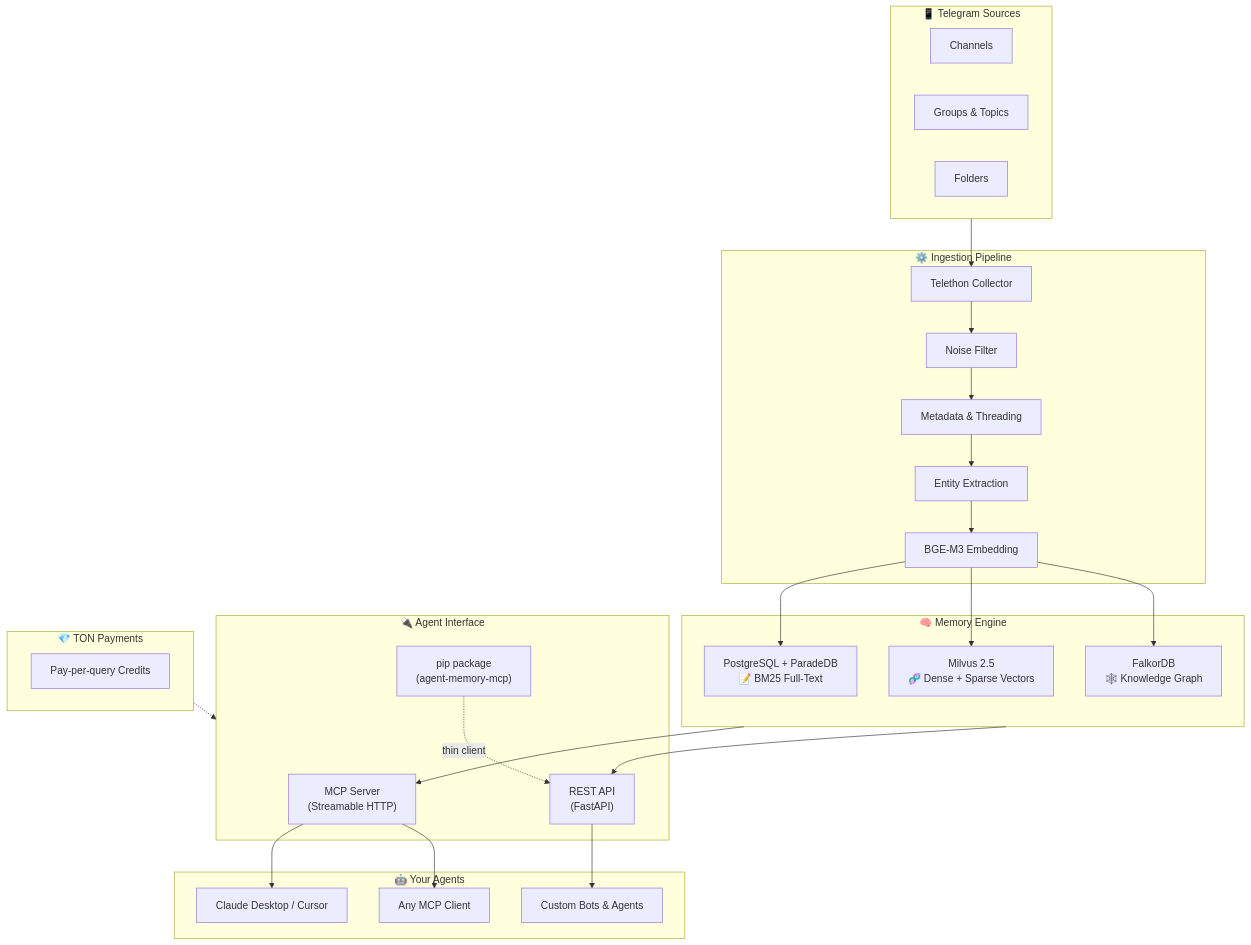
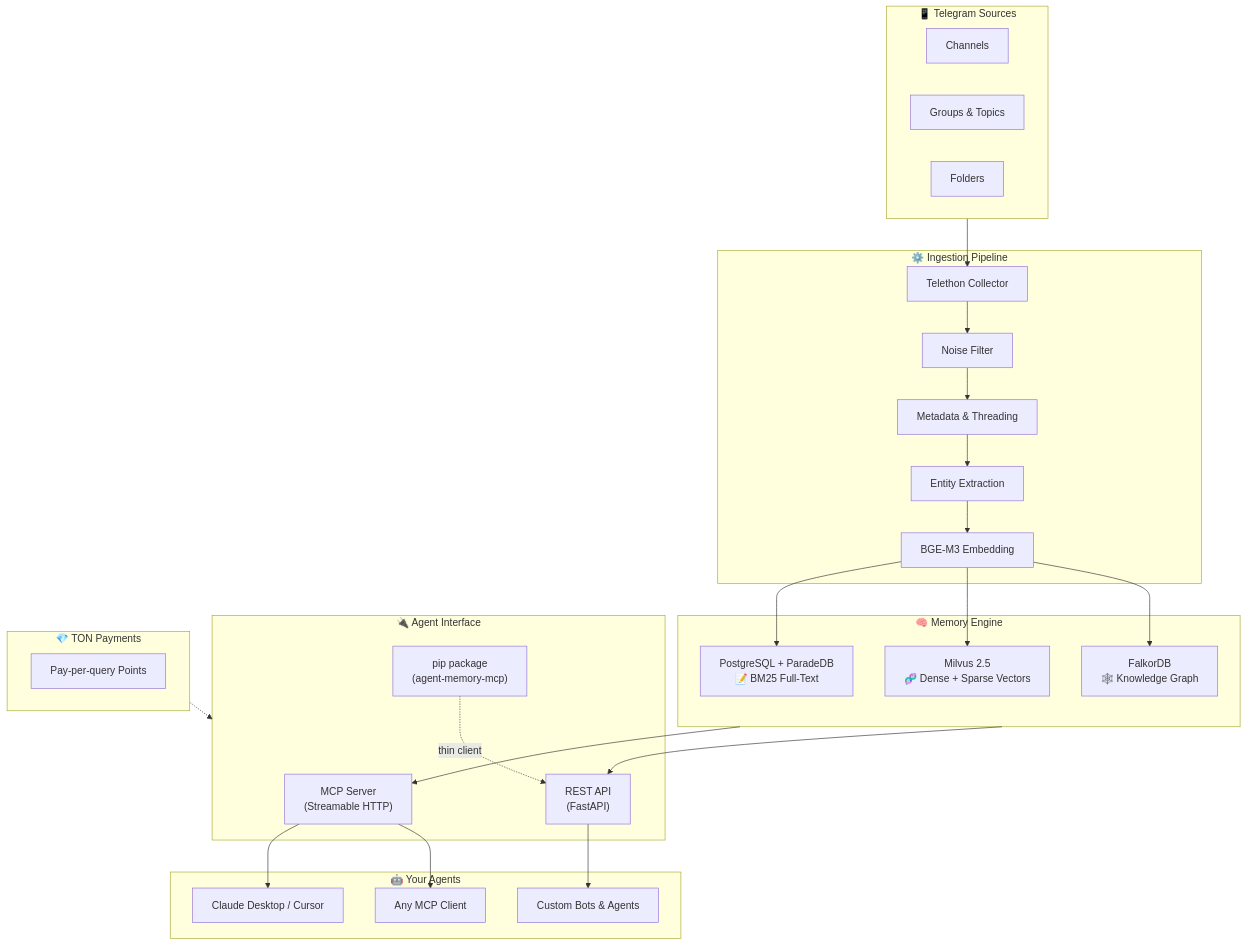
One commit to MAY4VFX/agent-memory-mcp changed the diagram in README.md. Above: the diagram before and after it, drawn with Mermaid. The commit also changed other lines of this file, not shown here.

Commit message:
Fix remaining credits→points references and remove hardcoded TON price

````diff
--- a/README.md
+++ b/README.md
@@ -104,47 +104,47 @@
 ```mermaid
 graph TB
     subgraph Sources["📱 Telegram Sources"]
         CH[Channels]
         GR[Groups & Topics]
         FL[Folders]
     end
 
     subgraph Ingestion["⚙️ Ingestion Pipeline"]
         COL[Telethon Collector] --> NF[Noise Filter]
         NF --> ME[Metadata & Threading]
         ME --> EE[Entity Extraction]
         EE --> EMB[BGE-M3 Embedding]
     end
 
     subgraph Memory["🧠 Memory Engine"]
         PG["PostgreSQL + ParadeDB\n📝 BM25 Full-Text"]
         MV["Milvus 2.5\n🧬 Dense + Sparse Vectors"]
         FK["FalkorDB\n🕸️ Knowledge Graph"]
     end
 
     subgraph Interface["🔌 Agent Interface"]
         MCP["MCP Server\n(Streamable HTTP)"]
         REST["REST API\n(FastAPI)"]
         PKG["pip package\n(agent-memory-mcp)"]
     end
 
     subgraph Agents["🤖 Your Agents"]
         CL[Claude Desktop / Cursor]
         CUSTOM[Custom Bots & Agents]
         ANY[Any MCP Client]
     end
 
     Sources --> COL
     EMB --> PG & MV & FK
     Memory --> MCP & REST
     PKG -.->|thin client| REST
     MCP --> CL
     MCP --> ANY
     REST --> CUSTOM
 
     subgraph TON["💎 TON Payments"]
-        CR[Pay-per-query Credits]
+        CR[Pay-per-query Points]
     end
 
     TON -.-> Interface
 ```
````
